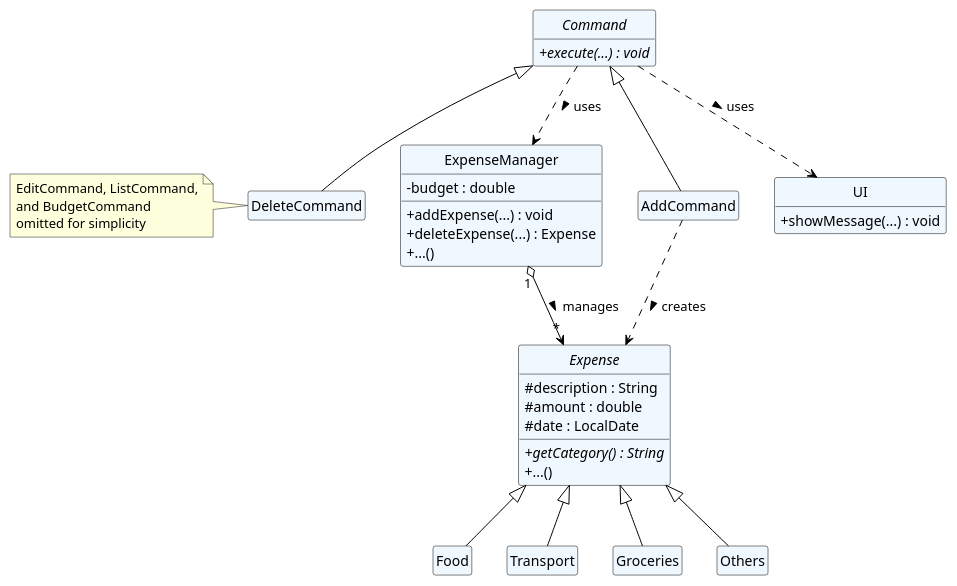
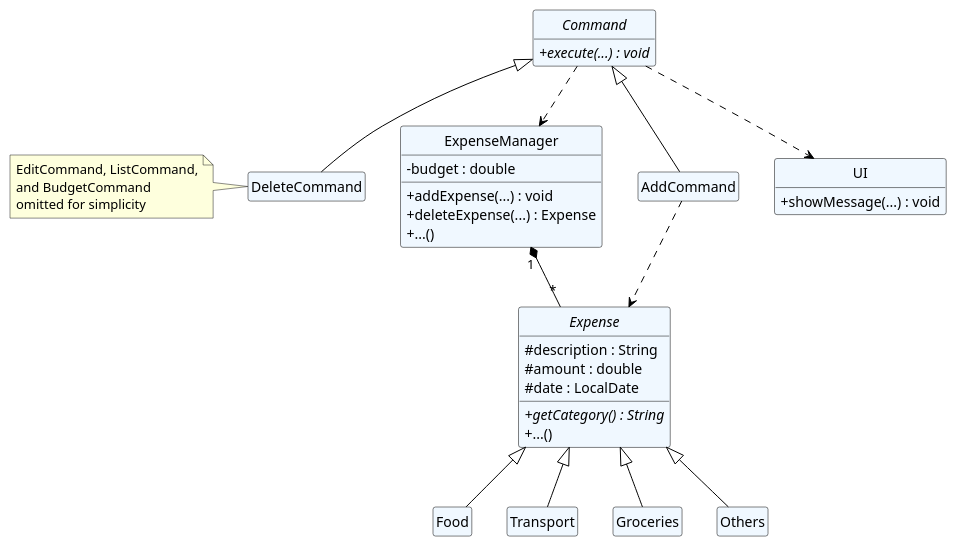
One commit to KanakornMek/tp changed the diagram in docs/Diagrams/ExpenseManagerSimplified.puml. Above: the diagram before and after it, drawn with PlantUML. The commit also changed 13 other files, not shown here.

Commit message:
Modified uml diagrams to fit course specifications and their equivalent png files

```diff
--- a/docs/Diagrams/ExpenseManagerSimplified.puml
+++ b/docs/Diagrams/ExpenseManagerSimplified.puml
@@ -1,67 +1,68 @@
 @startuml ExpenseManager Class Diagram
 ' Define skin settings for better appearance
 skinparam classAttributeIconSize 0
 hide circle
 hide empty members
 
 skinparam class {
     BackgroundColor AliceBlue
     ArrowColor Black
     BorderColor Black
 }
 
 ' ExpenseManager class
 class ExpenseManager {
     - budget : double
     + addExpense(...) : void
     + deleteExpense(...) : Expense
     + ...()
 }
 
 ' Abstract Expense class
 abstract class Expense {
     # description : String
     # amount : double
     # date : LocalDate
     + {abstract} getCategory() : String
     + ...()
 }
 
 ' Representative Expense subclasses
 class Food
 class Transport
 class Groceries
 class Others
 
 ' Abstract Command class
 abstract class Command {
     + {abstract} execute(...) : void
 }
 
 ' Representative Command subclasses
 class AddCommand
 class DeleteCommand
 note left of DeleteCommand: EditCommand, ListCommand,\nand BudgetCommand\nomitted for simplicity
 
 ' UI class
 class UI {
     + showMessage(...) : void
 }
 
 ' Relationships
-ExpenseManager "1" o--> "*" Expense : manages >
+ExpenseManager "1" *-- "*" Expense
 
 Expense <|-- Food
 Expense <|-- Transport
 Expense <|-- Groceries
 Expense <|-- Others
 
 Command <|-- AddCommand
 Command <|-- DeleteCommand
 
-Command ..> ExpenseManager : uses >
-Command ..> UI : uses >
+Command ..> ExpenseManager
 
-AddCommand ..> Expense : creates >
+Command ..> UI
+
+AddCommand ..> Expense
 
 @enduml
```
